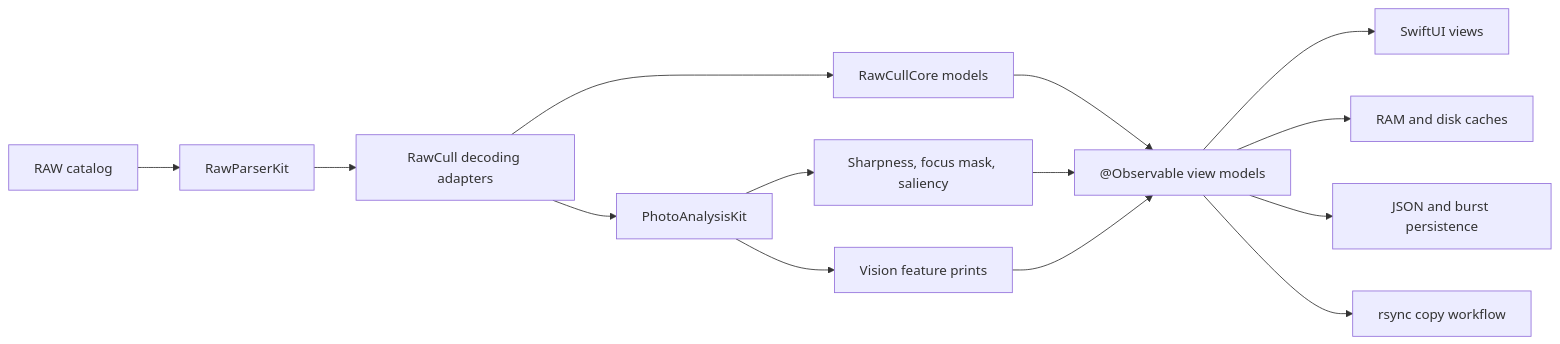
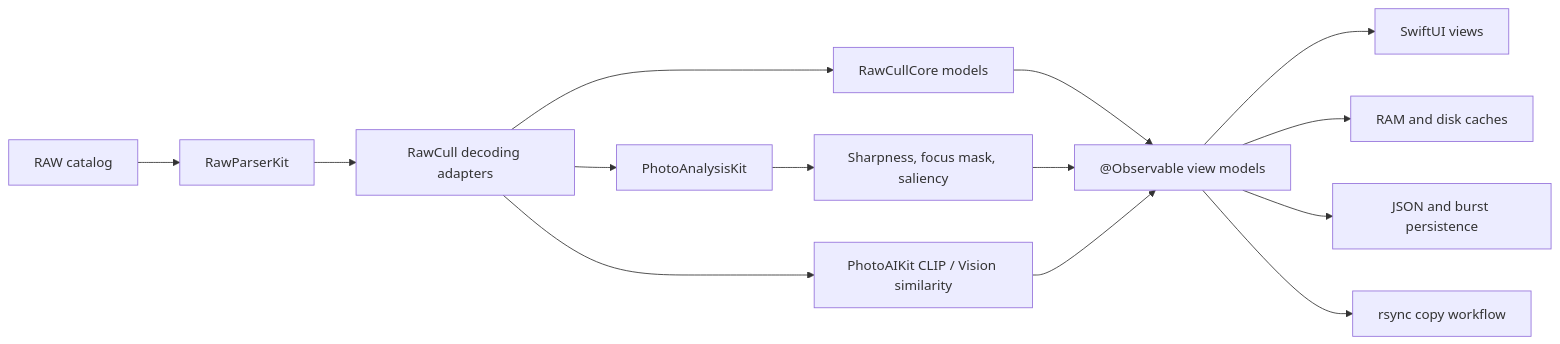
One commit to rsyncOSX/RawCull changed the diagram in README.md. Above: the diagram before and after it, drawn with Mermaid. The commit also changed other lines of this file and 14 other files, not shown here.

````diff
--- a/README.md
+++ b/README.md
@@ -55,16 +56,16 @@
 ```mermaid
 flowchart LR
     Catalog["RAW catalog"] --> Parser["RawParserKit"]
     Parser --> Adapter["RawCull decoding adapters"]
     Adapter --> Domain["RawCullCore models"]
     Adapter --> Analysis["PhotoAnalysisKit"]
     Analysis --> Sharpness["Sharpness, focus mask, saliency"]
-    Analysis --> Similarity["Vision feature prints"]
+    Adapter --> Similarity["PhotoAIKit CLIP / Vision similarity"]
     Domain --> ViewModels["@Observable view models"]
     Sharpness --> ViewModels
     Similarity --> ViewModels
     ViewModels --> UI["SwiftUI views"]
     ViewModels --> Cache["RAM and disk caches"]
     ViewModels --> Persistence["JSON and burst persistence"]
     ViewModels --> Copy["rsync copy workflow"]
 ```
````
